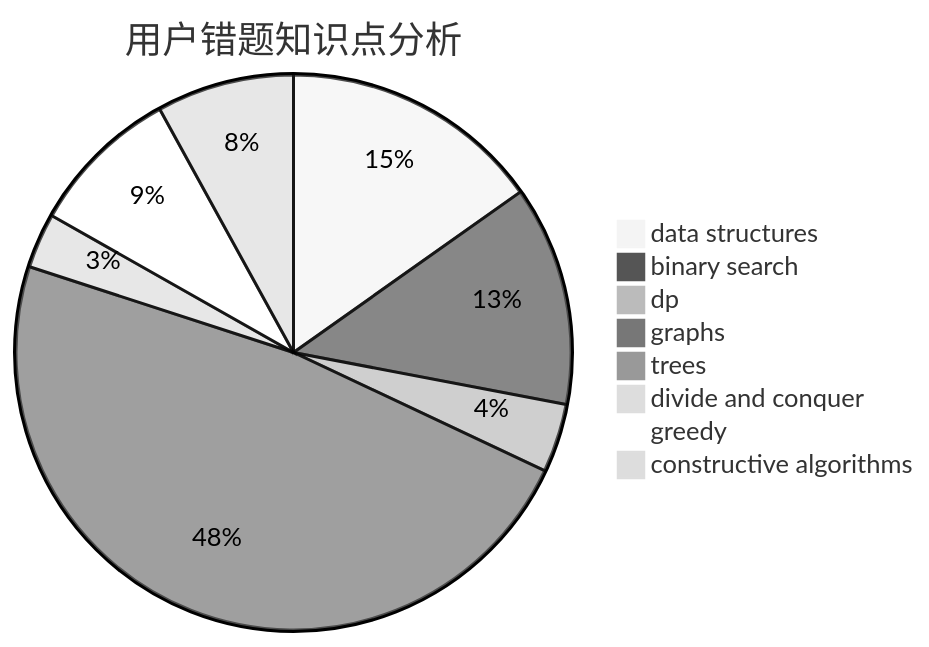
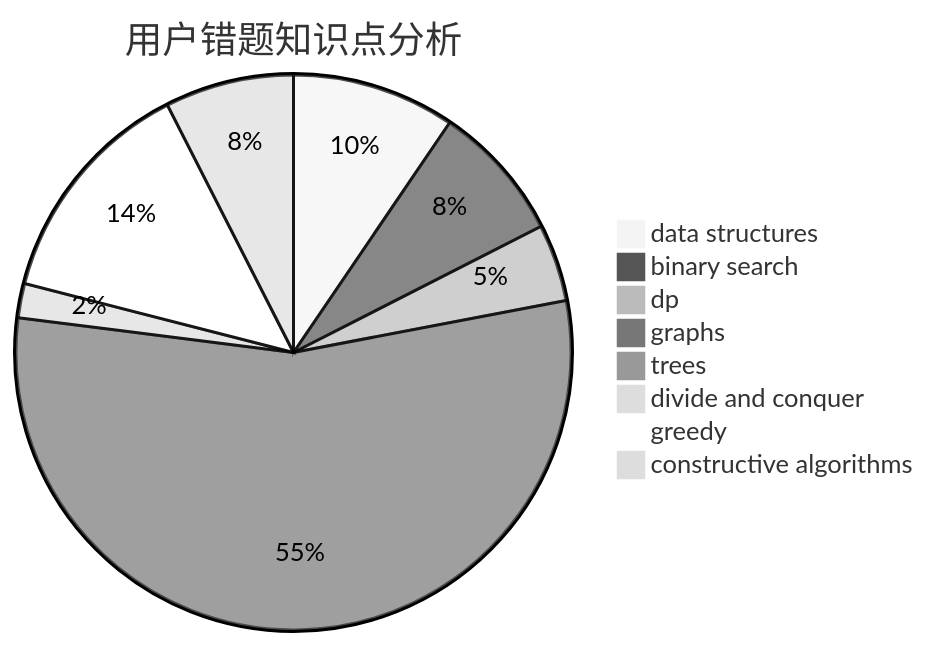
The third of 3 diagrams in docs/user/u176.md (sherpahu/cfrs.github.io), drawn with Mermaid (neutral theme) before and after one commit. The commit also changed other lines of this file and 2770 other files, not shown here.

````diff
--- a/docs/user/u176.md
+++ b/docs/user/u176.md
@@ -36,11 +36,11 @@
 ```mermaid
 pie title 用户错题知识点分析
     "data structures" :  19
     "binary search" :  16
-    "dp" :  5
-    "graphs" :  60
+    "dp" :  9
+    "graphs" :  110
     "trees" :  0
     "divide and conquer" :  4
-    "greedy" :  11
-    "constructive algorithms" :  10
+    "greedy" :  27
+    "constructive algorithms" :  15
 ```
````
